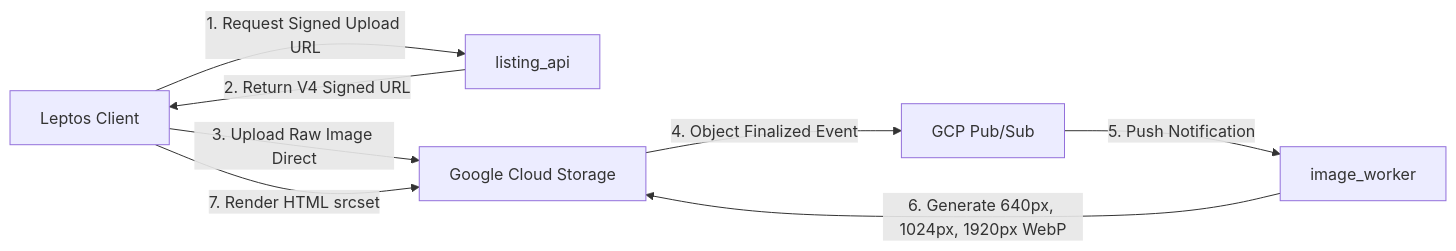
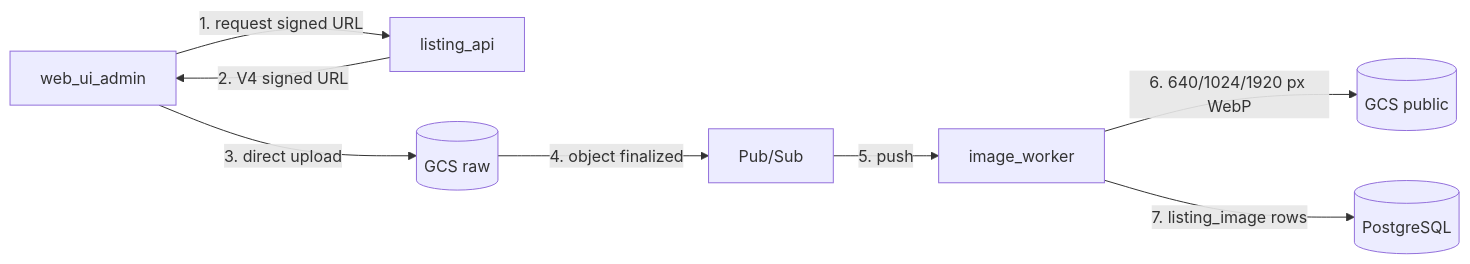
Before and after one commit to pavelbyles/our_places_rs: the third of 4 diagrams in docs/ARCHITECTURE.md, drawn with Mermaid. The commit also changed other lines of this file and 99 other files, not shown here.

````diff
--- a/docs/ARCHITECTURE.md
+++ b/docs/ARCHITECTURE.md
@@ -144,10 +180,10 @@
 ```mermaid
 flowchart LR
-    A[Leptos Client] -- 1. Request Signed Upload URL --> B[listing_api]
-    B -- 2. Return V4 Signed URL --> A
-    A -- 3. Upload Raw Image Direct --> C[Google Cloud Storage]
-    C -- 4. Object Finalized Event --> D[GCP Pub/Sub]
-    D -- 5. Push Notification --> E[image_worker]
-    E -- 6. Generate 640px, 1024px, 1920px WebP --> C
-    A -- 7. Render HTML srcset --> C
+    A[web_ui_admin] -- 1. request signed URL --> B[listing_api]
+    B -- 2. V4 signed URL --> A
+    A -- 3. direct upload --> C[(GCS raw)]
+    C -- 4. object finalized --> D[Pub/Sub]
+    D -- 5. push --> E[image_worker]
+    E -- 6. 640/1024/1920 px WebP --> F[(GCS public)]
+    E -- 7. listing_image rows --> G[(PostgreSQL)]
 ```
````
